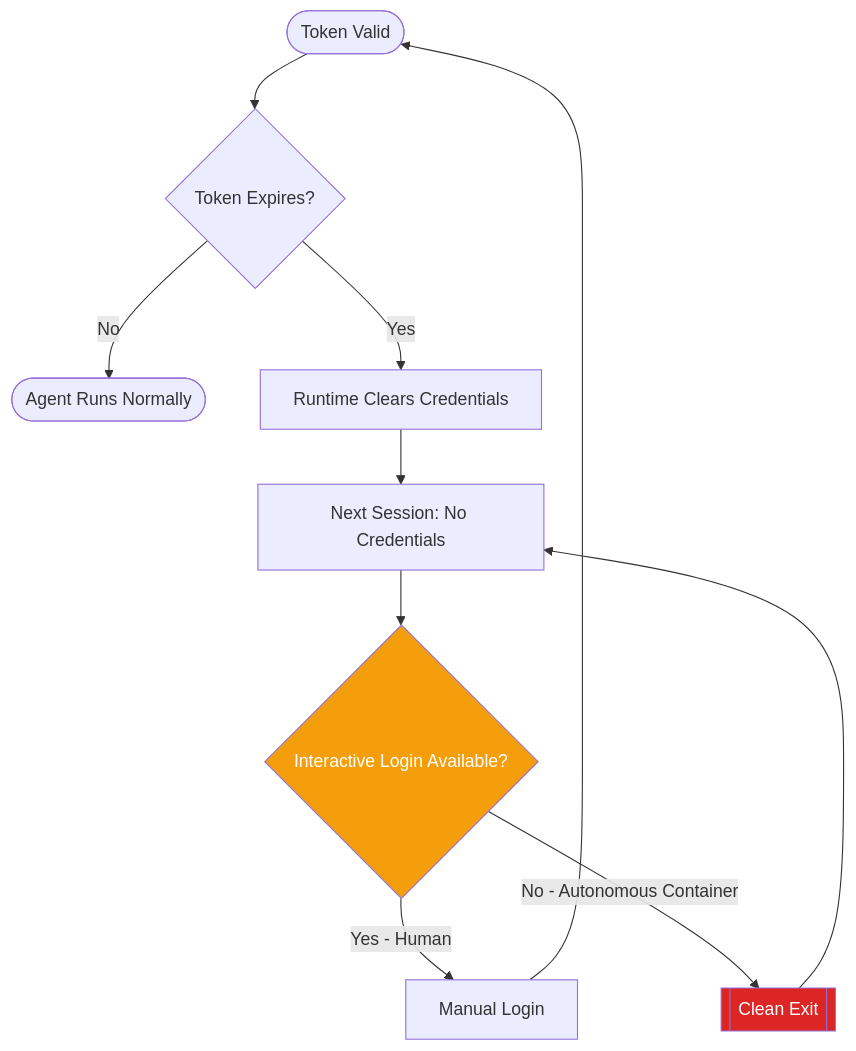
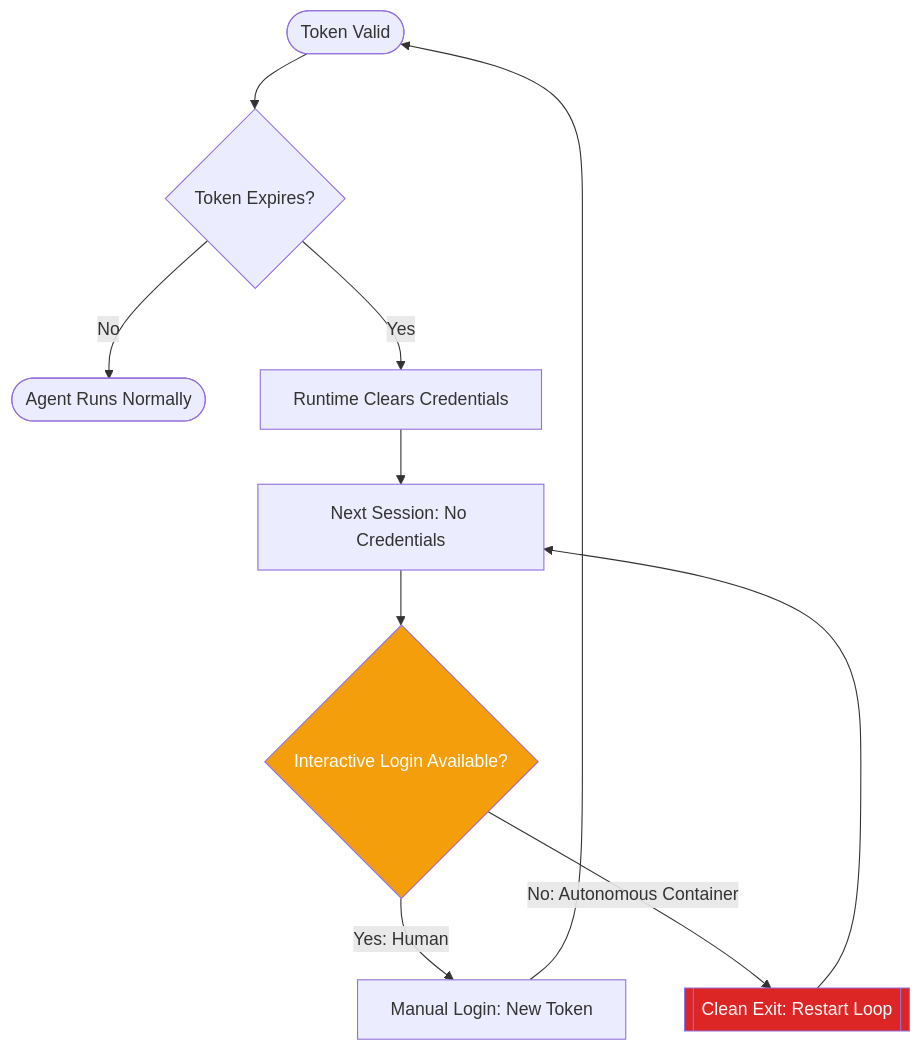
Before and after one commit to CyberdaemonAI/cyberdaemon-site: the third of 3 diagrams in src/content/build-logs/b0b-first-fleet.mdx, drawn with Mermaid. The commit also changed other lines of this file and 7 other files, not shown here.

````diff
--- a/src/content/build-logs/b0b-first-fleet.mdx
+++ b/src/content/build-logs/b0b-first-fleet.mdx
@@ -295,15 +295,15 @@
 ```mermaid
 flowchart TD
     A([Token Valid]) --> B{Token Expires?}
     B -->|No| C([Agent Runs Normally])
     B -->|Yes| D[Runtime Clears Credentials]
     D --> E[Next Session: No Credentials]
     E --> F{Interactive Login Available?}
-    F -->|Yes - Human| G[Manual Login]
-    F -->|No - Autonomous Container| H[[Clean Exit]]
+    F -->|Yes: Human| G[Manual Login: New Token]
+    F -->|No: Autonomous Container| H[[Clean Exit: Restart Loop]]
     H --> E
     G --> A
 
     style H fill:#dc2626,color:#fff
     style F fill:#f59e0b,color:#fff
 ```
````
